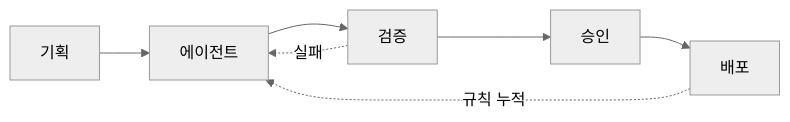
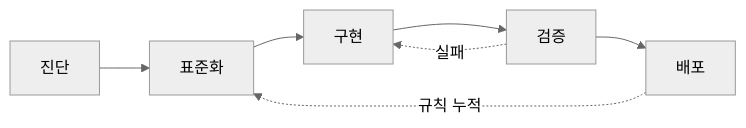
The diagram in README.md (afteryoon/afteryoon), drawn with Mermaid (neutral theme) before and after one commit. The commit also changed other lines of this file, not shown here.

````diff
--- a/README.md
+++ b/README.md
@@ -32,6 +56,6 @@
 ```mermaid
 flowchart LR
-    A[기획] --> B[에이전트] --> C[검증] --> D[승인] --> E[배포]
-    C -. 실패 .-> B
+    A[진단] --> B[표준화] --> C[구현] --> D[검증] --> E[배포]
+    D -. 실패 .-> C
     E -. 규칙 누적 .-> B
 ```
````
